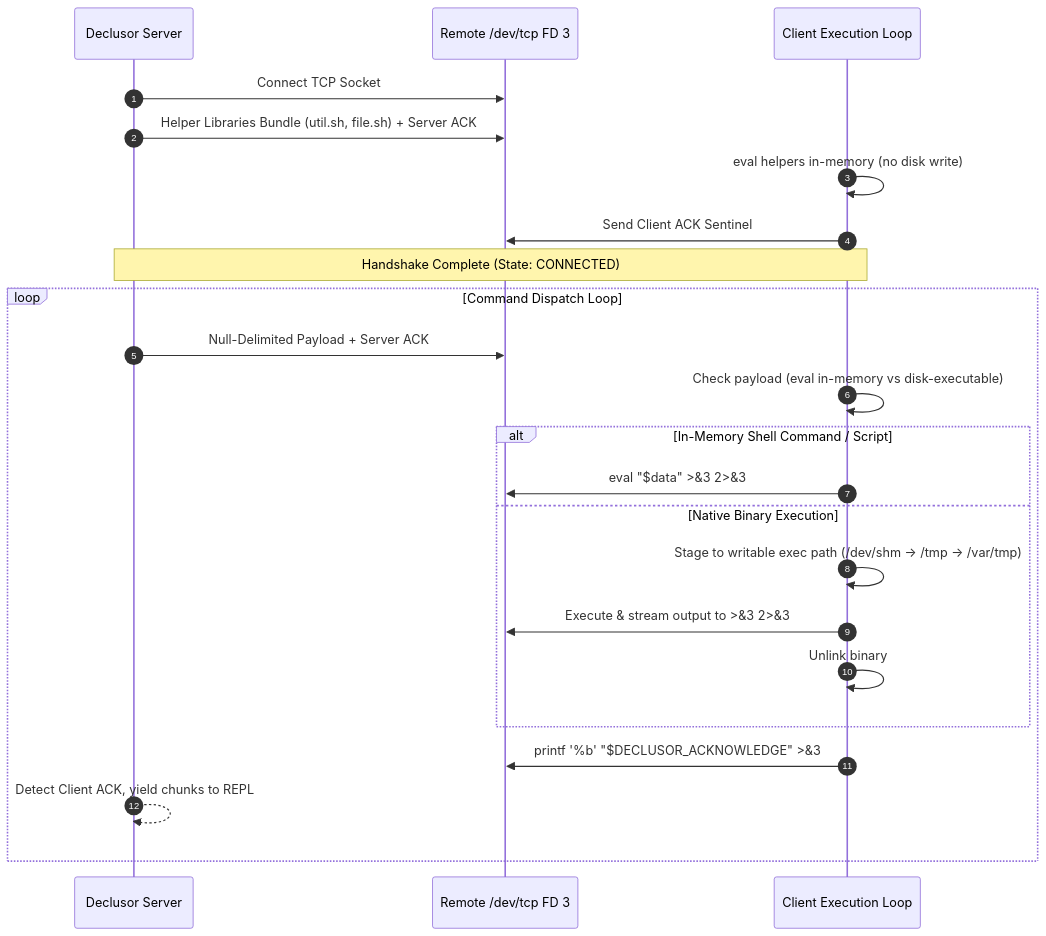
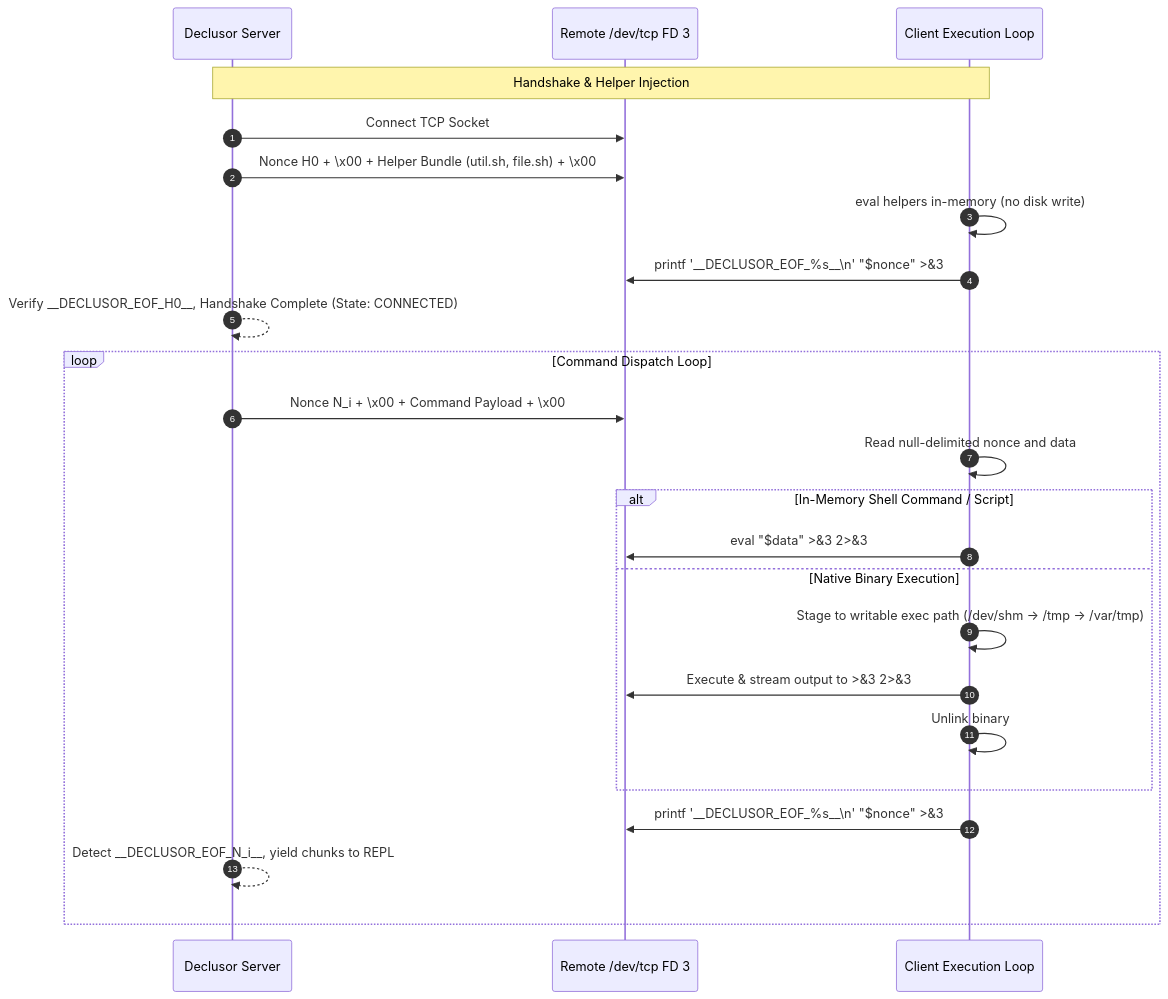
Before and after one commit to othon-hugo/declusor: the diagram in plugins/shell_socket/README.md, drawn with Mermaid. The commit also changed other lines of this file and 5 other files, not shown here.

````diff
--- a/plugins/shell_socket/README.md
+++ b/plugins/shell_socket/README.md
@@ -16,27 +18,28 @@
 ```mermaid
 sequenceDiagram
     autonumber
     participant Server as Declusor Server
     participant FD3 as Remote /dev/tcp FD 3
     participant Bash as Client Execution Loop
 
+    Note over Server,Bash: Handshake & Helper Injection
     Server->>FD3: Connect TCP Socket
-    Server->>FD3: Helper Libraries Bundle (util.sh, file.sh) + Server ACK
+    Server->>FD3: Nonce H0 + \x00 + Helper Bundle (util.sh, file.sh) + \x00
     Bash->>Bash: eval helpers in-memory (no disk write)
-    Bash->>FD3: Send Client ACK Sentinel
-    Note over Server,Bash: Handshake Complete (State: CONNECTED)
+    Bash->>FD3: printf '__DECLUSOR_EOF_%s__\n' "$nonce" >&3
+    Server-->>Server: Verify __DECLUSOR_EOF_H0__, Handshake Complete (State: CONNECTED)
 
     loop Command Dispatch Loop
-        Server->>FD3: Null-Delimited Payload + Server ACK
-        Bash->>Bash: Check payload (eval in-memory vs disk-executable)
+        Server->>FD3: Nonce N_i + \x00 + Command Payload + \x00
+        Bash->>Bash: Read null-delimited nonce and data
         alt In-Memory Shell Command / Script
             Bash->>FD3: eval "$data" >&3 2>&3
         else Native Binary Execution
             Bash->>Bash: Stage to writable exec path (/dev/shm -> /tmp -> /var/tmp)
             Bash->>FD3: Execute & stream output to >&3 2>&3
             Bash->>Bash: Unlink binary
         end
-        Bash->>FD3: printf '%b' "$DECLUSOR_ACKNOWLEDGE" >&3
-        Server-->>Server: Detect Client ACK, yield chunks to REPL
+        Bash->>FD3: printf '__DECLUSOR_EOF_%s__\n' "$nonce" >&3
+        Server-->>Server: Detect __DECLUSOR_EOF_N_i__, yield chunks to REPL
     end
 ```
````
